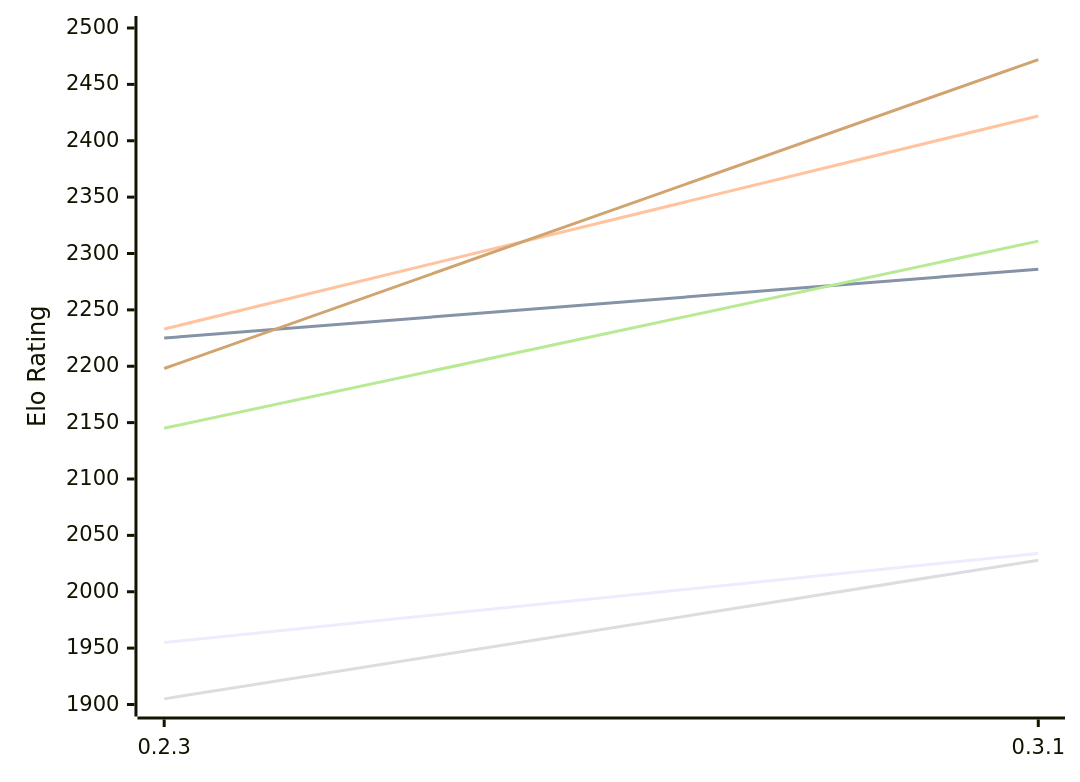
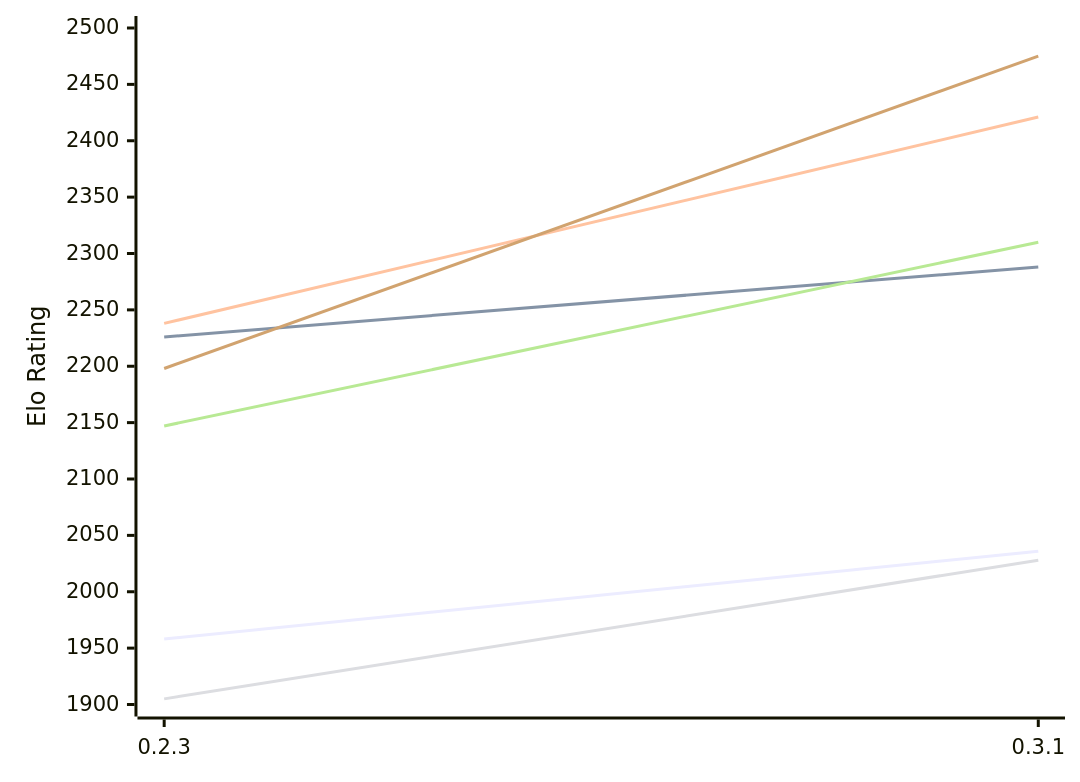
Before and after one commit to computer-chess-index/cci: the first of 2 diagrams in engines/Lolbot.md, drawn with Mermaid. The commit also changed other lines of this file, not shown here.

Commit message:
Update CCI Ratings (ELO VLTC) - 2026-11-26

````diff
--- a/engines/Lolbot.md
+++ b/engines/Lolbot.md
@@ -53,12 +53,12 @@
 ```mermaid
 %%{init: {"theme":"base","themeVariables":{"seriesColors:['#a3a3a3','#222221','#faa371']}}}%%
 xychart-beta
   x-axis ["0.2.3", "0.3.1"]
   y-axis "Elo Rating" 1900 --> 2500
-  line "E1: STC (8.0+0.08s)" [1955, 2034]
-  line "E1: LTC (60.0+0.60s)" [2225, 2286]
-  line "E1: VLTC (2m24s+1.12s)" [2233, 2422]
+  line "E1: STC (8.0+0.08s)" [1958, 2036]
+  line "E1: LTC (60.0+0.60s)" [2226, 2288]
+  line "E1: VLTC (2m24s+1.12s)" [2238, 2421]
   line "P1: STC (8.0+0.08s)" [1905, 2028]
-  line "P1: LTC (60.0+0.60s)" [2145, 2311]
-  line "P1: VLTC (2m24s+1.12s)" [2198, 2472]
+  line "P1: LTC (60.0+0.60s)" [2147, 2310]
+  line "P1: VLTC (2m24s+1.12s)" [2198, 2475]
 ```
````
